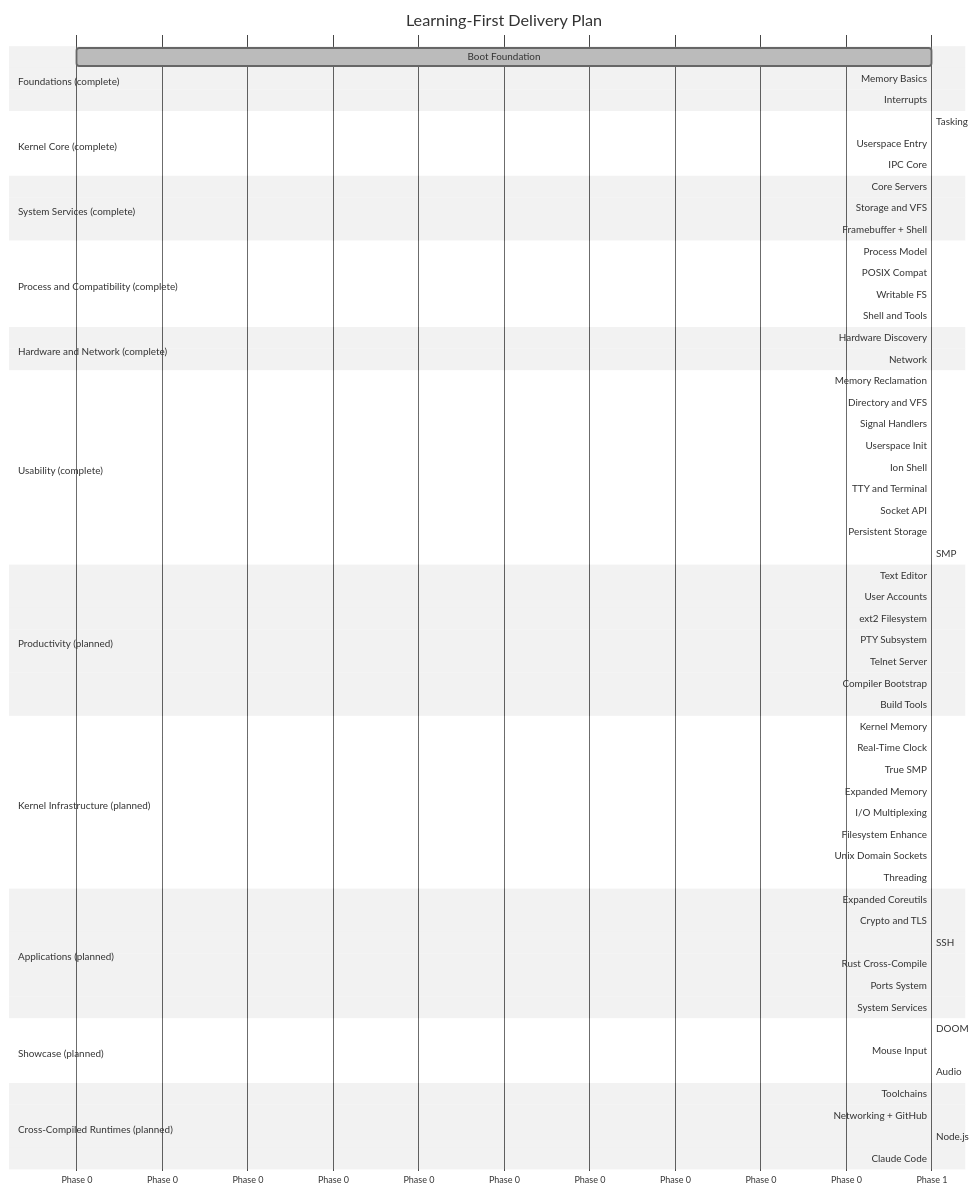
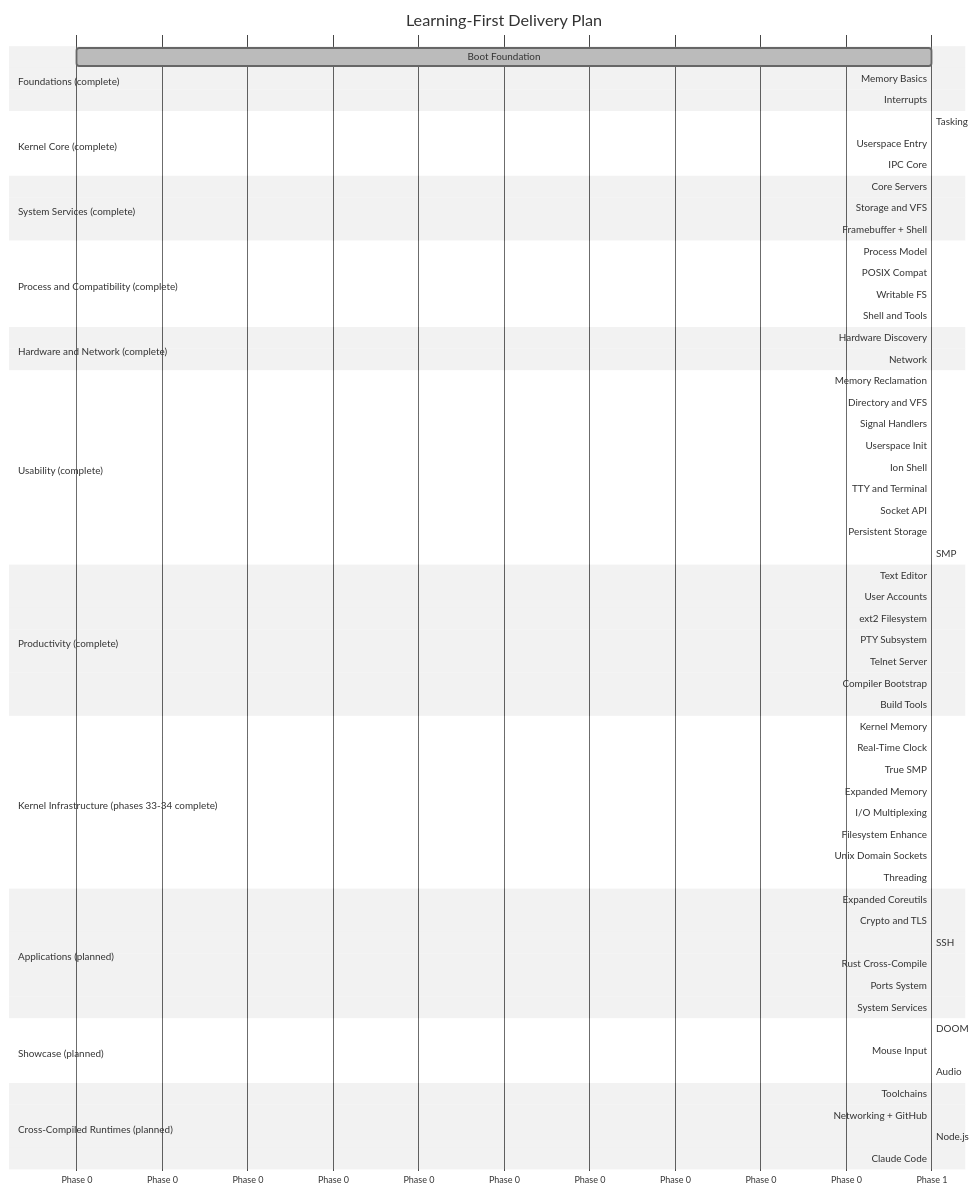
The second of 2 diagrams in docs/roadmap/README.md (mikecubed/m3OS), drawn with Mermaid (neutral theme) before and after one commit. The commit also changed other lines of this file and 59 other files, not shown here.

First line of the commit message:
docs: standardize roadmap task docs for phases 30-34 (#64)

````diff
--- a/docs/roadmap/README.md
+++ b/docs/roadmap/README.md
@@ -249,80 +249,80 @@
 ```mermaid
 gantt
     title Learning-First Delivery Plan
     dateFormat X
     axisFormat Phase %s
 
     section Foundations (complete)
     Boot Foundation      :done, p1, 0, 1
     Memory Basics        :done, p2, after p1, 1
     Interrupts           :done, p3, after p1, 1
 
     section Kernel Core (complete)
     Tasking              :done, p4, after p2, 1
     Userspace Entry      :done, p5, after p4, 1
     IPC Core             :done, p6, after p5, 1
 
     section System Services (complete)
     Core Servers         :done, p7, after p6, 1
     Storage and VFS      :done, p8, after p7, 1
     Framebuffer + Shell  :done, p9, after p8, 1
 
     section Process and Compatibility (complete)
     Process Model        :done, p11, after p9, 1
     POSIX Compat         :done, p12, after p11, 1
     Writable FS          :done, p13, after p8, 1
     Shell and Tools      :done, p14, after p12, 1
 
     section Hardware and Network (complete)
     Hardware Discovery   :done, p15, after p3, 1
     Network              :done, p16, after p15, 1
 
     section Usability (complete)
     Memory Reclamation   :done, p17, after p14, 1
     Directory and VFS    :done, p18, after p17, 1
     Signal Handlers      :done, p19, after p18, 1
     Userspace Init       :done, p20, after p19, 1
     Ion Shell            :done, p21, after p20, 1
     TTY and Terminal     :done, p22, after p21, 1
     Socket API           :done, p23, after p22, 1
     Persistent Storage   :done, p24, after p18, 1
     SMP                  :done, p25, after p17, 1
 
-    section Productivity (planned)
-    Text Editor          :active, p26, after p24, 1
-    User Accounts        :p27, after p26, 1
-    ext2 Filesystem      :p28, after p27, 1
-    PTY Subsystem        :p29, after p27, 1
-    Telnet Server        :p30, after p29, 1
-    Compiler Bootstrap   :p31, after p26, 1
-    Build Tools          :p32, after p31, 1
+    section Productivity (complete)
+    Text Editor          :done, p26, after p24, 1
+    User Accounts        :done, p27, after p26, 1
+    ext2 Filesystem      :done, p28, after p27, 1
+    PTY Subsystem        :done, p29, after p27, 1
+    Telnet Server        :done, p30, after p29, 1
+    Compiler Bootstrap   :done, p31, after p26, 1
+    Build Tools          :done, p32, after p31, 1
 
-    section Kernel Infrastructure (planned)
-    Kernel Memory        :p33, after p25, 1
-    Real-Time Clock      :p34, after p15, 1
+    section Kernel Infrastructure (phases 33-34 complete)
+    Kernel Memory        :done, p33, after p25, 1
+    Real-Time Clock      :done, p34, after p15, 1
     True SMP             :p35, after p33, 1
     Expanded Memory      :p36, after p33, 1
     I/O Multiplexing     :p37, after p35, 1
     Filesystem Enhance   :p38, after p28, 1
     Unix Domain Sockets  :p39, after p38, 1
     Threading            :p40, after p35, 1
 
     section Applications (planned)
     Expanded Coreutils   :p41, after p38, 1
     Crypto and TLS       :p42, after p31, 1
     SSH                  :p43, after p42, 1
     Rust Cross-Compile   :p44, after p24, 1
     Ports System         :p45, after p41, 1
     System Services      :p46, after p39, 1
 
     section Showcase (planned)
     DOOM                 :p47, after p24, 1
     Mouse Input          :p48, after p47, 1
     Audio                :p49, after p47, 1
 
     section Cross-Compiled Runtimes (planned)
     Toolchains           :p50, after p36, 1
     Networking + GitHub  :p51, after p50, 1
     Node.js              :p52, after p51, 1
     Claude Code          :p53, after p52, 1
 ```
````
